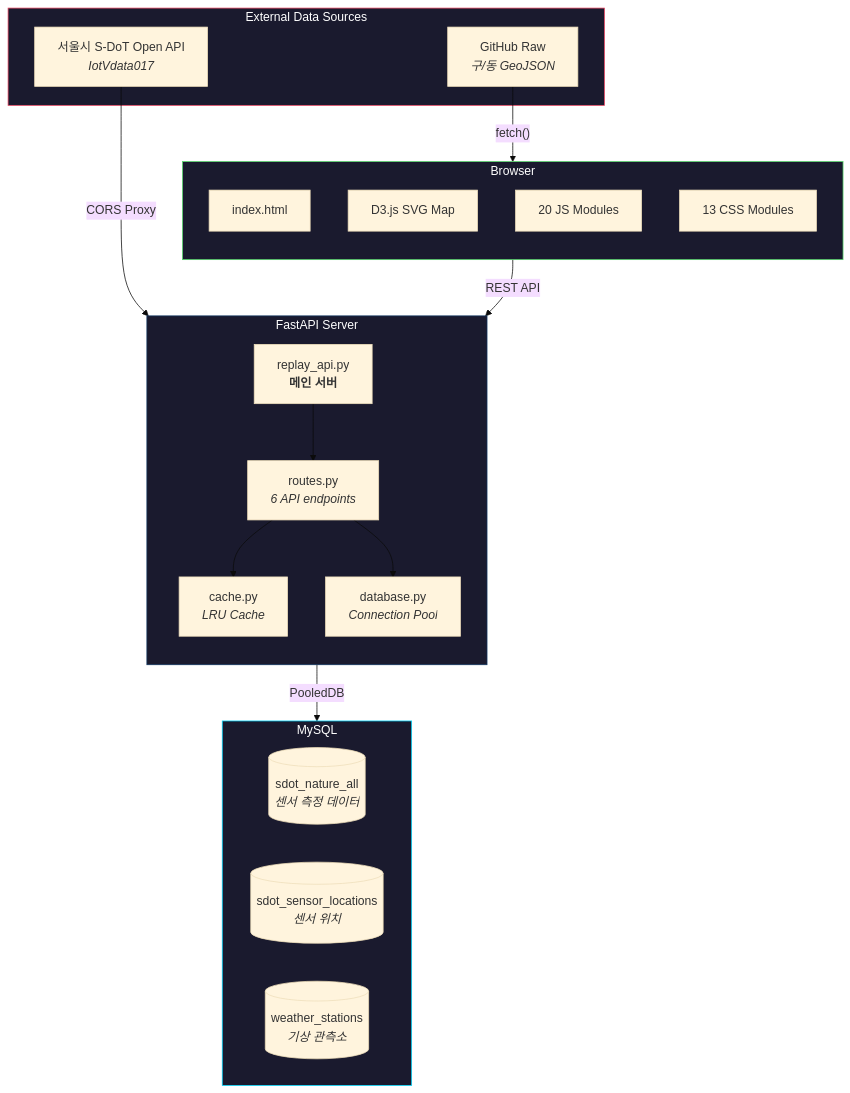
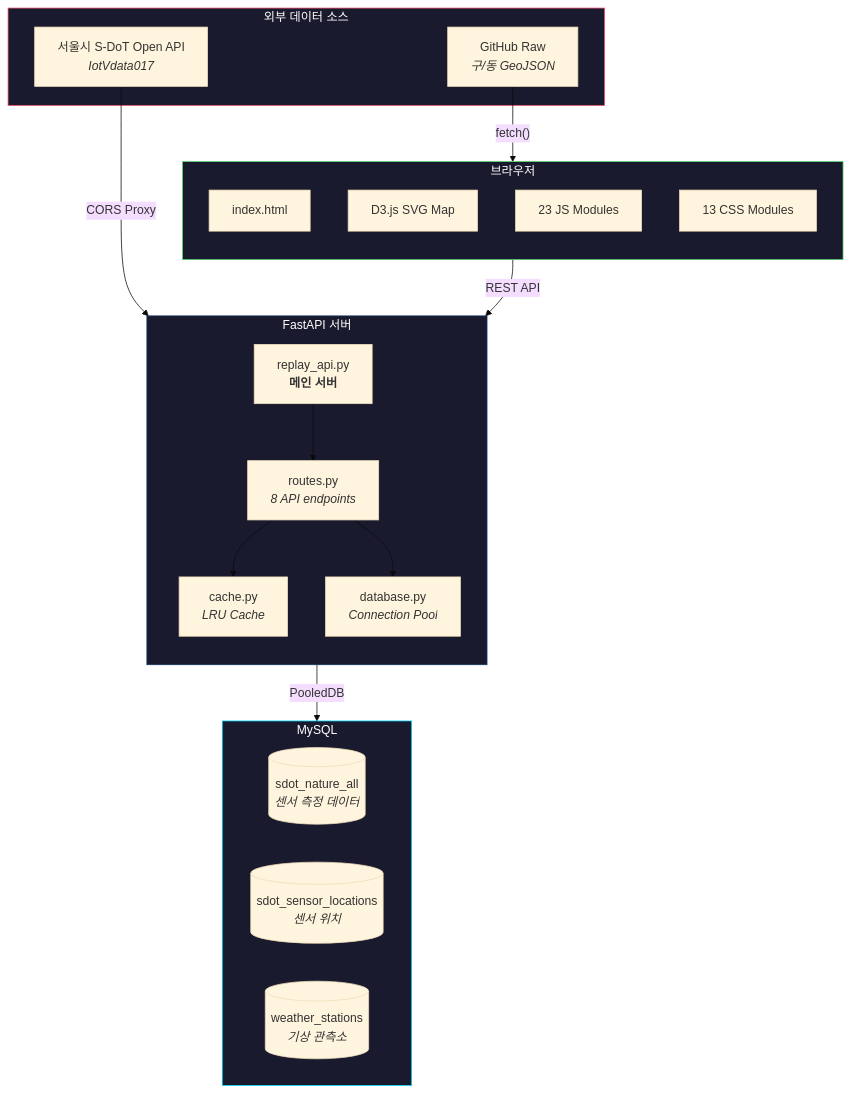
The first of 2 diagrams in README.md (Technoetic/seoul-smartcity-dashboard), drawn with Mermaid (base theme) before and after one commit. The commit also changed other lines of this file, not shown here.

First line of the commit message:
Fix README: correct module counts, translate labels to Korean, remove duplicate structure diagram

````diff
--- a/README.md
+++ b/README.md
@@ -24,43 +24,43 @@
 ```mermaid
 graph TB
-    subgraph EXTERNAL["External Data Sources"]
+    subgraph EXTERNAL["외부 데이터 소스"]
         SDOT_API["서울시 S-DoT Open API<br><i>IotVdata017</i>"]
         GEOJSON["GitHub Raw<br><i>구/동 GeoJSON</i>"]
     end
 
-    subgraph SERVER["FastAPI Server"]
+    subgraph SERVER["FastAPI 서버"]
         direction TB
         MAIN["replay_api.py<br><b>메인 서버</b>"]
-        ROUTES["routes.py<br><i>6 API endpoints</i>"]
+        ROUTES["routes.py<br><i>8 API endpoints</i>"]
         CACHE_MOD["cache.py<br><i>LRU Cache</i>"]
         DB_MOD["database.py<br><i>Connection Pool</i>"]
     end
 
     subgraph DATABASE["MySQL"]
         direction LR
         T1[("sdot_nature_all<br><i>센서 측정 데이터</i>")]
         T2[("sdot_sensor_locations<br><i>센서 위치</i>")]
         T3[("weather_stations<br><i>기상 관측소</i>")]
     end
 
-    subgraph CLIENT["Browser"]
+    subgraph CLIENT["브라우저"]
         direction TB
         HTML["index.html"]
         D3["D3.js SVG Map"]
-        JS["20 JS Modules"]
+        JS["23 JS Modules"]
         CSS["13 CSS Modules"]
     end
 
     SDOT_API -- "CORS Proxy" --> ROUTES
     GEOJSON -- "fetch()" --> CLIENT
     CLIENT -- "REST API" --> ROUTES
     ROUTES --> CACHE_MOD
     ROUTES --> DB_MOD
     DB_MOD -- "PooledDB" --> DATABASE
     MAIN --> ROUTES
 
     style EXTERNAL fill:#1a1a2e,stroke:#e94560,color:#fff
     style SERVER fill:#1a1a2e,stroke:#0f3460,color:#fff
     style DATABASE fill:#1a1a2e,stroke:#00d9ff,color:#fff
     style CLIENT fill:#1a1a2e,stroke:#53d769,color:#fff
 ```
````
